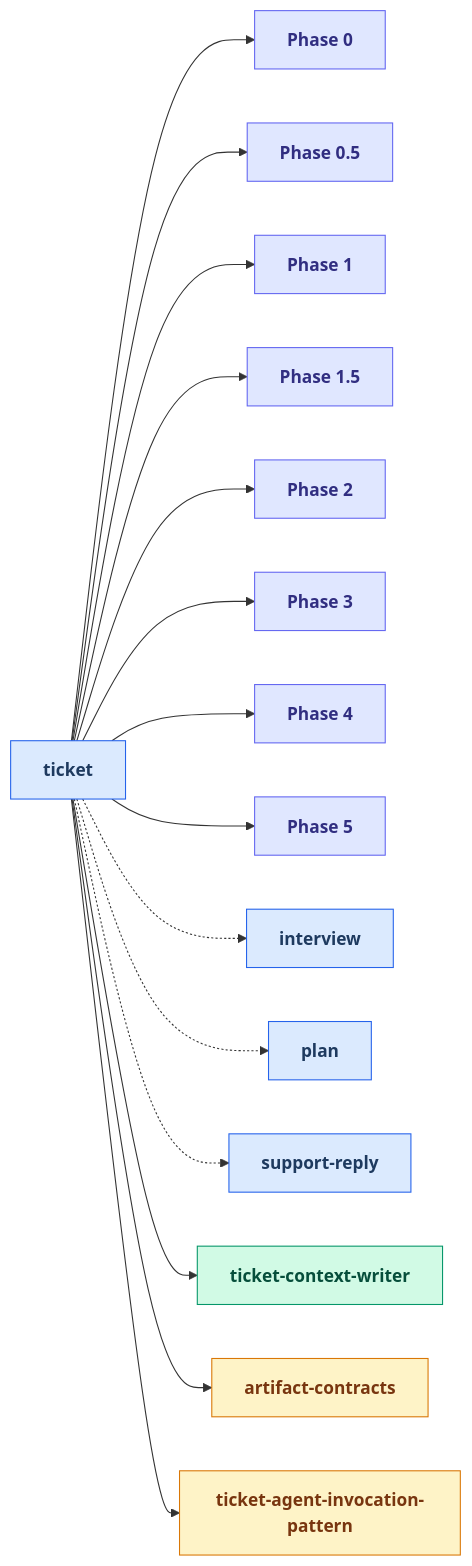
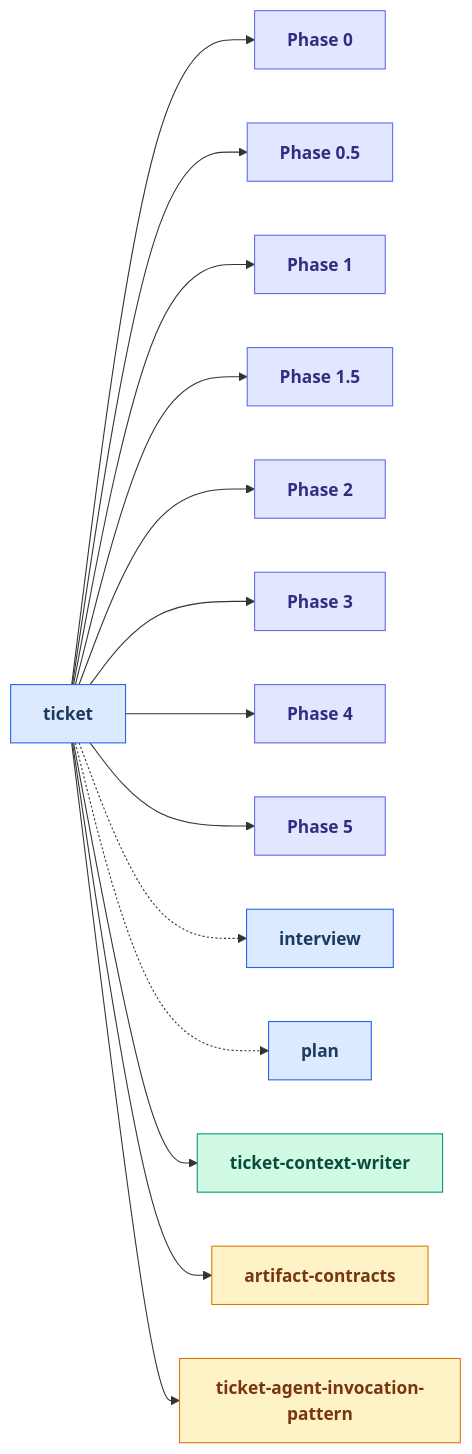
The second of 24 diagrams in docs/skills_map.md (russell-laing/al-dev-shared), drawn with Mermaid before and after one commit. The commit also changed other lines of this file, not shown here.

First line of the commit message:
📝 docs(skills-map): sync Layer 2 drilldowns with current skill set

````diff
--- a/docs/skills_map.md
+++ b/docs/skills_map.md
@@ -97,55 +94,52 @@
 ```mermaid
 flowchart LR
     classDef skillNode fill:#dbeafe,stroke:#2563eb,color:#1e3a5f,font-weight:bold
     classDef agentNode fill:#d1fae5,stroke:#059669,color:#064e3b,font-weight:bold
     classDef knowledgeNode fill:#fef3c7,stroke:#d97706,color:#78350f,font-weight:bold
     classDef artifactNode fill:#ede9fe,stroke:#7c3aed,color:#4c1d95,font-weight:bold
     classDef phaseNode fill:#e0e7ff,stroke:#6366f1,color:#312e81,font-weight:bold
 
     skill_ticket[ticket]
     Phase0["Phase 0"]
     Phase0_5["Phase 0.5"]
     Phase1["Phase 1"]
     Phase1_5["Phase 1.5"]
     Phase2["Phase 2"]
     Phase3["Phase 3"]
     Phase4["Phase 4"]
     Phase5["Phase 5"]
     skill_interview[interview]
     skill_plan[plan]
-    skill_support_reply[support-reply]
     agent_ticket_context_writer[ticket-context-writer]
     knowledge_artifact_contracts_md[artifact-contracts]
     knowledge_ticket_agent_invocation_pattern_md[ticket-agent-invocation-pattern]
 
     skill_ticket --> Phase0
     skill_ticket --> Phase0_5
     skill_ticket --> Phase1
     skill_ticket --> Phase1_5
     skill_ticket --> Phase2
     skill_ticket --> Phase3
     skill_ticket --> Phase4
     skill_ticket --> Phase5
     skill_ticket -.-> skill_interview
     skill_ticket -.-> skill_plan
-    skill_ticket -.-> skill_support_reply
     skill_ticket --> agent_ticket_context_writer
     skill_ticket --> knowledge_artifact_contracts_md
     skill_ticket --> knowledge_ticket_agent_invocation_pattern_md
 
     class skill_ticket skillNode
     class Phase0 phaseNode
     class Phase0_5 phaseNode
     class Phase1 phaseNode
     class Phase1_5 phaseNode
     class Phase2 phaseNode
     class Phase3 phaseNode
     class Phase4 phaseNode
     class Phase5 phaseNode
     class skill_interview skillNode
     class skill_plan skillNode
-    class skill_support_reply skillNode
     class agent_ticket_context_writer agentNode
     class knowledge_artifact_contracts_md knowledgeNode
     class knowledge_ticket_agent_invocation_pattern_md knowledgeNode
 ```
````
